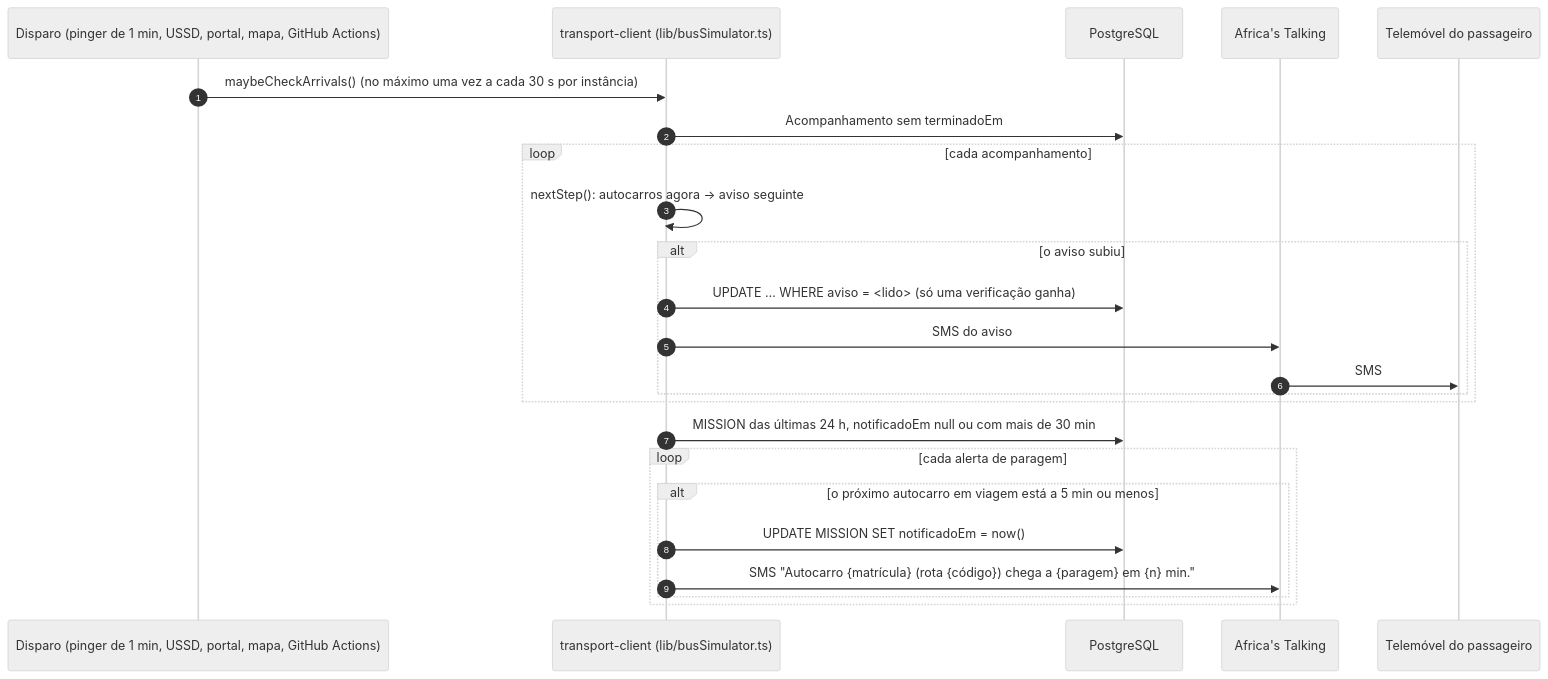
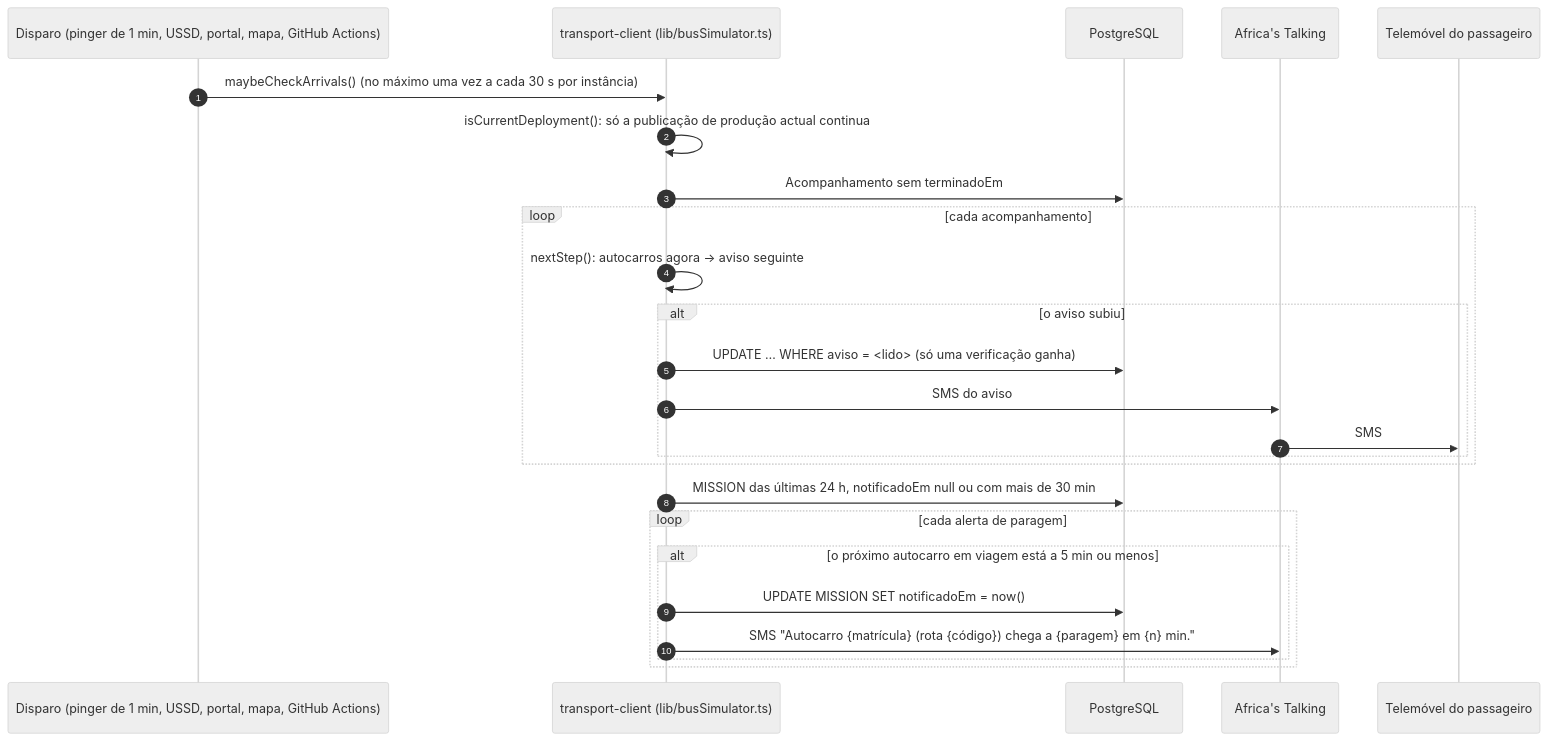
One commit to transportmozambique/Transport-Mozambique changed the fifth of 9 diagrams in docs/fluxos-de-dados.md. Above: the diagram before and after it, drawn with Mermaid (neutral theme). The commit also changed other lines of this file and 9 other files, not shown here.

First line of the commit message:
fix(sms): só a publicação de produção actual corre a verificação de chegadas

````diff
--- a/docs/fluxos-de-dados.md
+++ b/docs/fluxos-de-dados.md
@@ -220,26 +222,27 @@
 ```mermaid
 sequenceDiagram
   autonumber
   participant T as Disparo (pinger de 1 min, USSD, portal, mapa, GitHub Actions)
   participant C as transport-client (lib/busSimulator.ts)
   participant DB as PostgreSQL
   participant AT as Africa's Talking
   participant P as Telemóvel do passageiro
   T->>C: maybeCheckArrivals() (no máximo uma vez a cada 30 s por instância)
+  C->>C: isCurrentDeployment(): só a publicação de produção actual continua
   C->>DB: Acompanhamento sem terminadoEm
   loop cada acompanhamento
     C->>C: nextStep(): autocarros agora → aviso seguinte
     alt o aviso subiu
       C->>DB: UPDATE … WHERE aviso = <lido> (só uma verificação ganha)
       C->>AT: SMS do aviso
       AT->>P: SMS
     end
   end
   C->>DB: MISSION das últimas 24 h, notificadoEm null ou com mais de 30 min
   loop cada alerta de paragem
     alt o próximo autocarro em viagem está a 5 min ou menos
       C->>DB: UPDATE MISSION SET notificadoEm = now()
       C->>AT: SMS "Autocarro {matrícula} (rota {código}) chega a {paragem} em {n} min."
     end
   end
 ```
````
